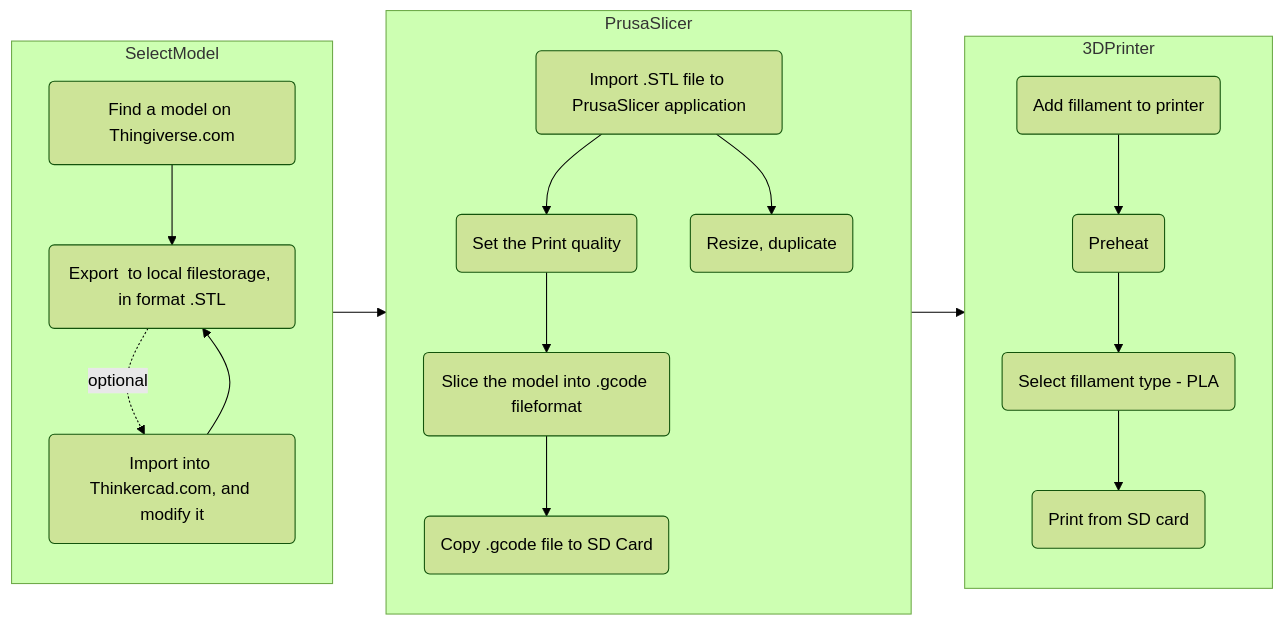
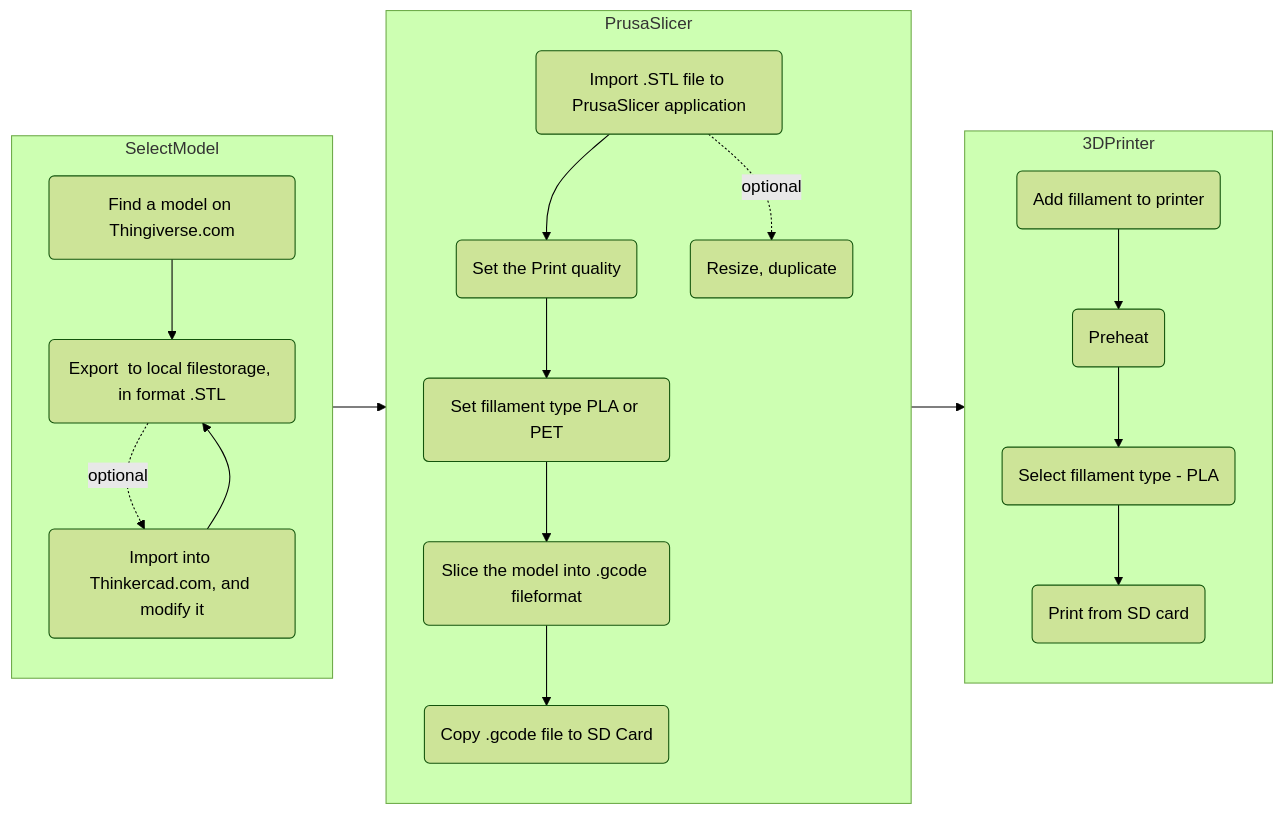
One commit to marmid74/playground changed the diagram in README.md. Above: the diagram before and after it, drawn with Mermaid (forest theme).

````diff
--- a/README.md
+++ b/README.md
@@ -2,36 +2,38 @@
 ```mermaid
   flowchart LR;
     subgraph SelectModel
     direction TB
     A(Find a model on Thingiverse.com)
     C(Import into Thinkercad.com, and modify it)
     D(Export  to local filestorage, in format .STL)
     A-->D
     D-. optional .->C
     C-->D 
     end
 
     subgraph PrusaSlicer
     direction TB
     E(Import .STL file to PrusaSlicer application)
     E2(Resize, duplicate)
     F(Set the Print quality)
+    F2(Set fillament type PLA or PET)
     G(Slice the model into .gcode fileformat)
     H(Copy .gcode file to SD Card)
 
     E-->F
-    E-->E2
-    F-->G
+    F-->F2
+    E-. optional .->E2
+    F2-->G
     G-->H
     end
 
     subgraph 3DPrinter
     direction TB
     I(Add fillament to printer)-->J(Preheat)
     J-->K(Select fillament type - PLA)
     K-->L(Print from SD card)
     end
 
   SelectModel-->PrusaSlicer-->3DPrinter
 
 ```
````
